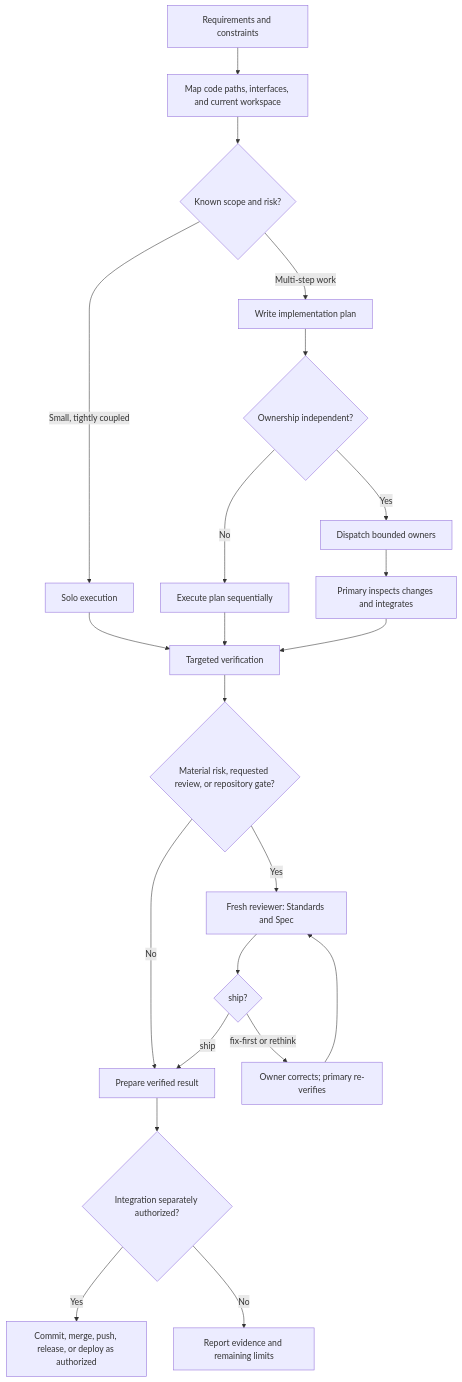
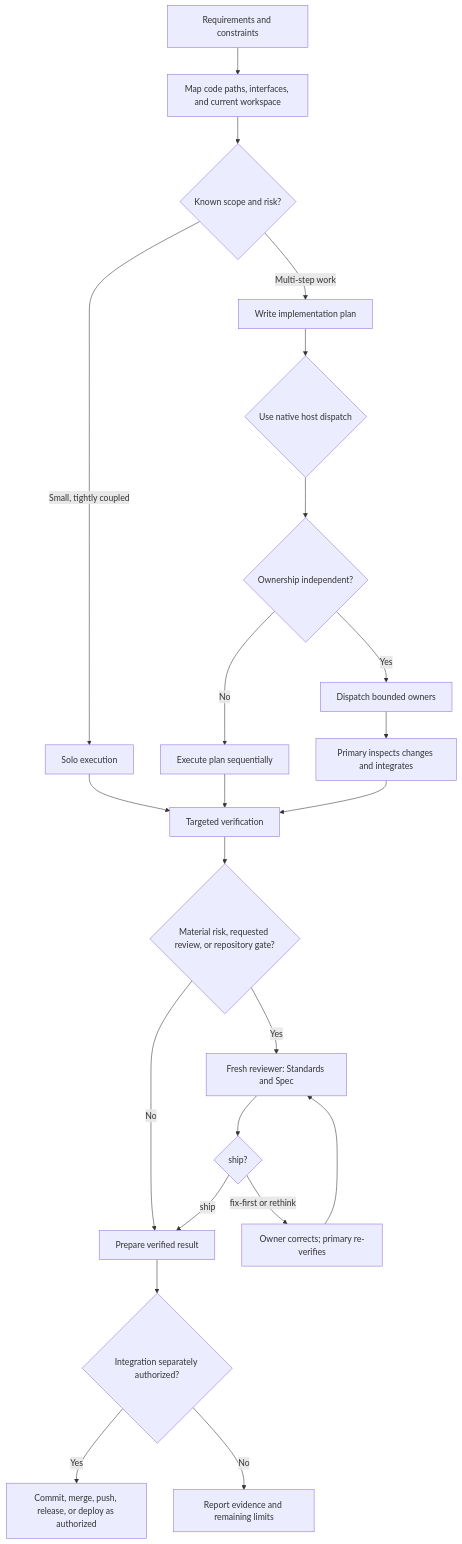
The diagram in docs/architecture/workflows.md (Esquetta/codex-delivery-workflow), drawn with Mermaid before and after one commit. The commit also changed other lines of this file and 148 other files, not shown here.

````diff
--- a/docs/architecture/workflows.md
+++ b/docs/architecture/workflows.md
@@ -7,24 +8,25 @@
 ```mermaid
 flowchart TD
     A[Requirements and constraints] --> B[Map code paths, interfaces, and current workspace]
     B --> C{Known scope and risk?}
     C -->|Small, tightly coupled| D[Solo execution]
     C -->|Multi-step work| E[Write implementation plan]
-    E --> F{Ownership independent?}
+    E --> H{Use native host dispatch}
+    H --> F{Ownership independent?}
     F -->|No| G[Execute plan sequentially]
-    F -->|Yes| H[Dispatch bounded owners]
+    F -->|Yes| J[Dispatch bounded owners]
     D --> I[Targeted verification]
     G --> I
-    H --> J[Primary inspects changes and integrates]
-    J --> I
+    J --> X[Primary inspects changes and integrates]
+    X --> I
     I --> K{Material risk, requested review, or repository gate?}
     K -->|No| L[Prepare verified result]
     K -->|Yes| M[Fresh reviewer: Standards and Spec]
     M --> N{ship?}
     N -->|fix-first or rethink| O[Owner corrects; primary re-verifies]
     O --> M
     N -->|ship| L
     L --> P{Integration separately authorized?}
     P -->|Yes| Q[Commit, merge, push, release, or deploy as authorized]
     P -->|No| R[Report evidence and remaining limits]
 ```
````
